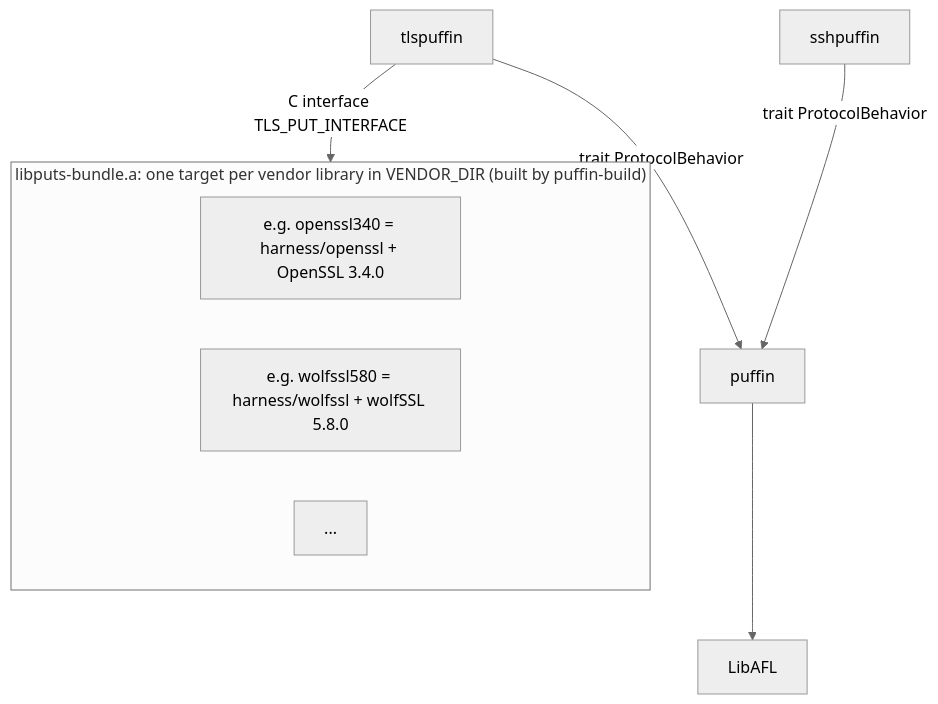
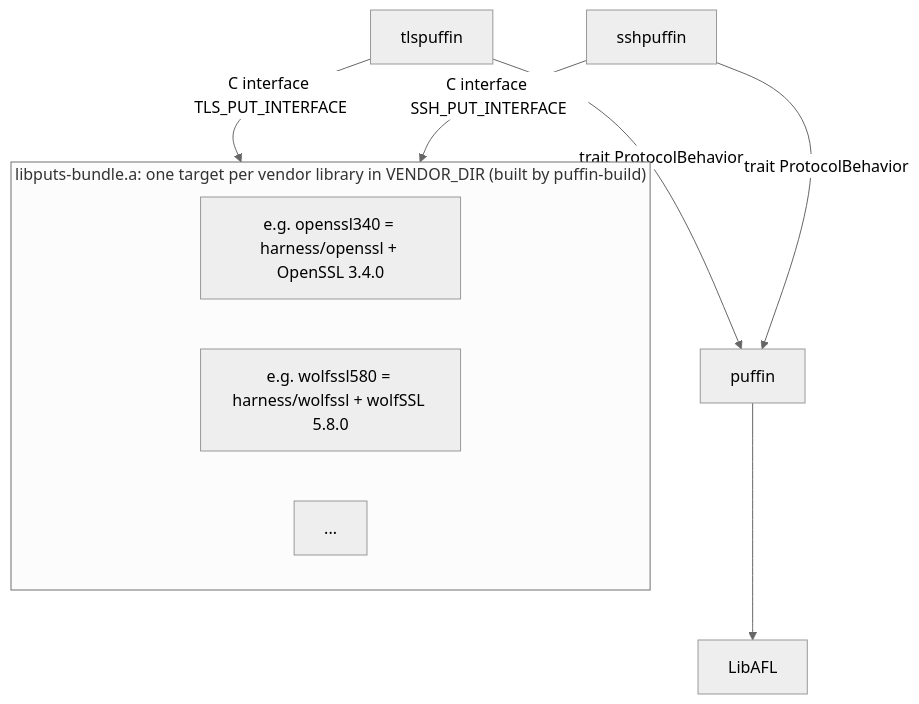
One commit to tlspuffin/tlspuffin changed the diagram in docs/docs/developer/overview.md. Above: the diagram before and after it, drawn with Mermaid (neutral theme). The commit also changed 16 other files, not shown here.

````diff
--- a/docs/docs/developer/overview.md
+++ b/docs/docs/developer/overview.md
@@ -18,15 +18,16 @@
 ```mermaid
 graph TD;
     tlspuffin-- trait ProtocolBehavior -->puffin;
     sshpuffin-- trait ProtocolBehavior -->puffin;
 
     puffin-->LibAFL;
 
     tlspuffin-- "C interface TLS_PUT_INTERFACE" -->bundle;
+    sshpuffin-- "C interface SSH_PUT_INTERFACE" -->bundle;
 
     subgraph bundle ["libputs-bundle.a: one target per vendor library in VENDOR_DIR (built by puffin-build)"]
         P1["e.g. openssl340 = harness/openssl + OpenSSL 3.4.0"];
         P2["e.g. wolfssl580 = harness/wolfssl + wolfSSL 5.8.0"];
         P3["..."];
     end
 ```
````
